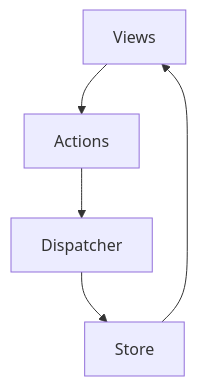
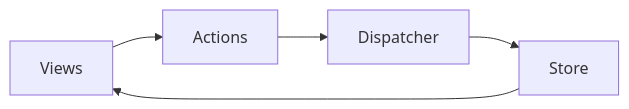
Before and after one commit to Alice7H/gerenciamento_de_estado: the first of 2 diagrams in counter-example/README.md, drawn with Mermaid. The commit also changed other lines of this file, not shown here.

````diff
--- a/counter-example/README.md
+++ b/counter-example/README.md
@@ -39,7 +39,7 @@
 ```mermaid
-graph TD;
+graph LR;
     Views-->Actions;
     Actions-->Dispatcher;
     Dispatcher-->Store;
     Store-->Views;
 ```
````
